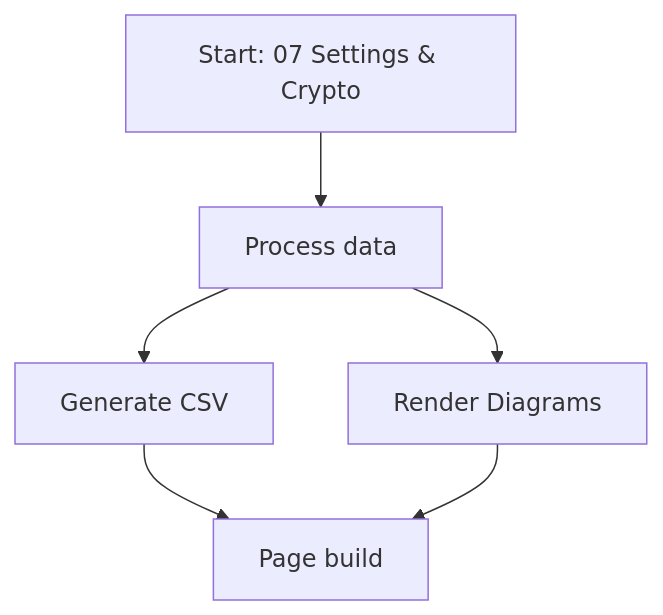
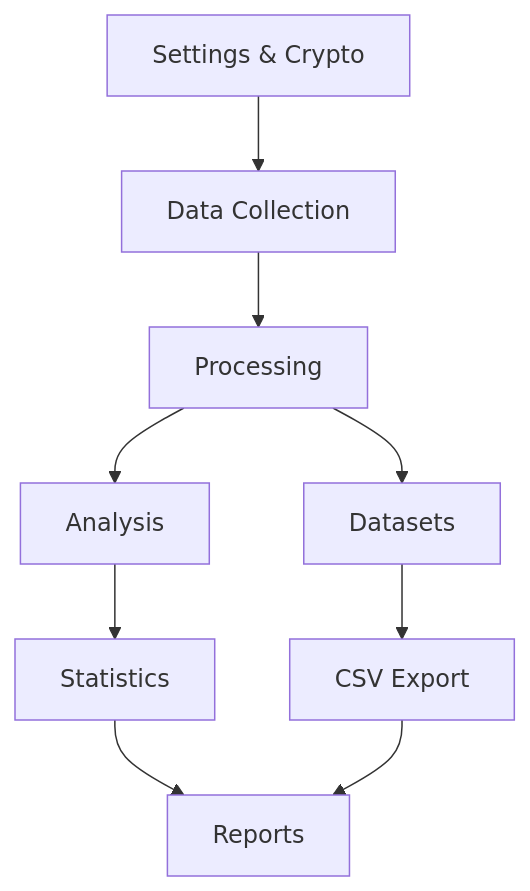
Before and after one commit to lukaszj321/otcv8-dev: the diagram in docs/authoring/07_settings_crypto/diagrams/flow.mmd, drawn with Mermaid. The commit also changed other lines of this file and 1329 other files, not shown here.

```diff
--- a/docs/authoring/07_settings_crypto/diagrams/flow.mmd
+++ b/docs/authoring/07_settings_crypto/diagrams/flow.mmd
@@ -1,8 +1,9 @@
-flowchart TD
-    A[Start: 07 Settings & Crypto] --> B[Process data]
-    B --> C[Generate CSV]
-    B --> D[Render Diagrams]
-    C --> E[Page build]
-    D --> E
-    click B "../07_settings_crypto/index.html" "Open 07 Settings & Crypto"
-    click E "../index.html" "Back to Authoring"
+graph TD
+    A[Settings & Crypto] --> B[Data Collection]
+    B --> C[Processing]
+    C --> D[Datasets]
+    C --> E[Analysis]
+    D --> F[CSV Export]
+    E --> G[Statistics]
+    G --> H[Reports]
+    F --> H
```
